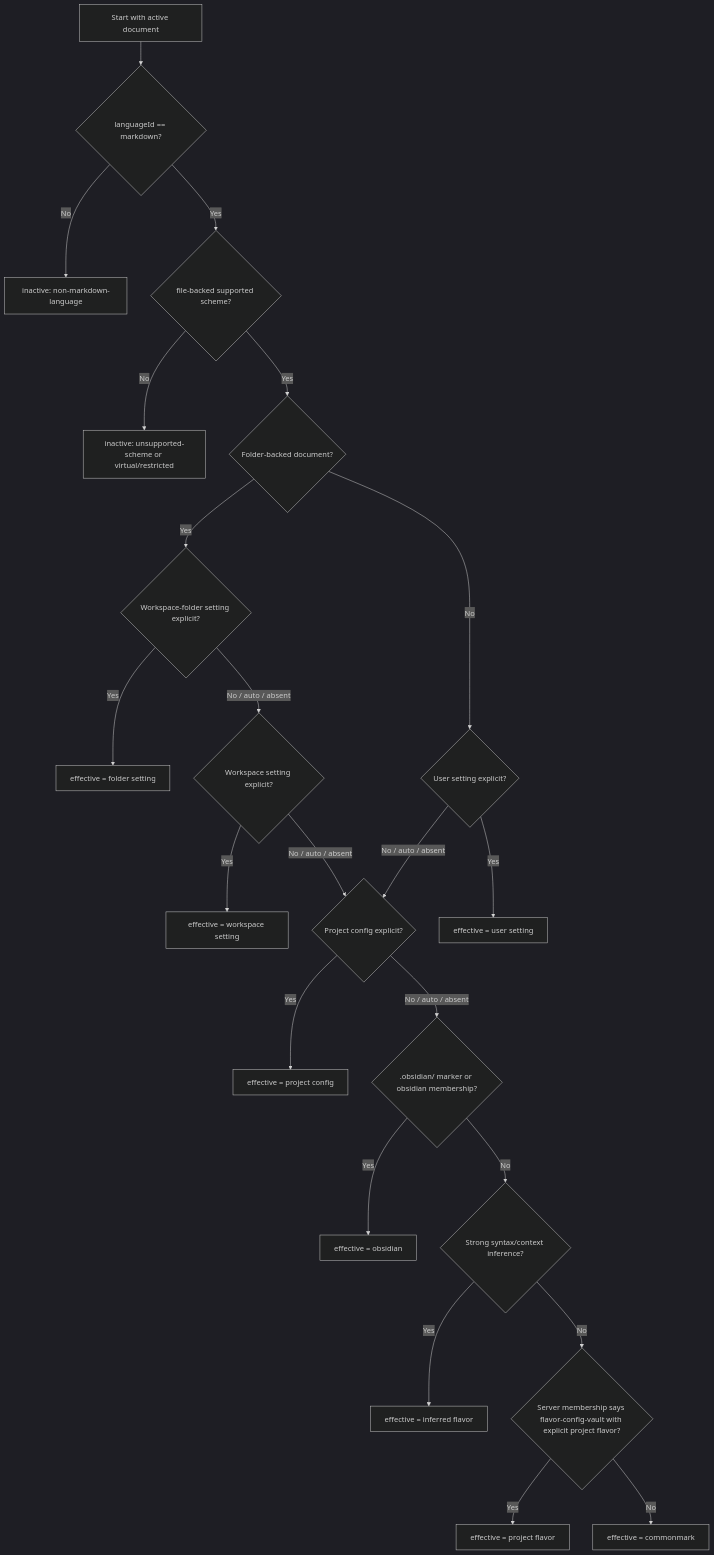
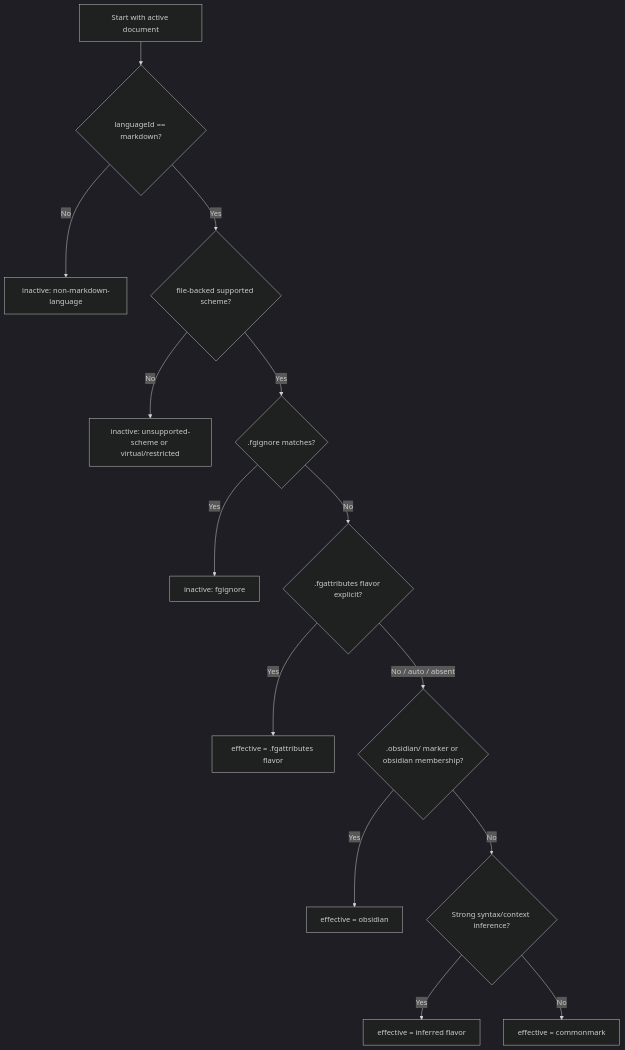
Before and after one commit to alisonaquinas/flavor-grenade-lsp: the diagram in docs/design/markdown-flavor-auto-detection.md, drawn with Mermaid (dark theme). The commit also changed other lines of this file and 29 other files, not shown here.

Commit message:
docs: specify fgignore and fgattributes flavor config

````diff
--- a/docs/design/markdown-flavor-auto-detection.md
+++ b/docs/design/markdown-flavor-auto-detection.md
@@ -174,24 +173,16 @@
 ```mermaid
 flowchart TD
   A["Start with active document"] --> B{"languageId == markdown?"}
   B -- "No" --> Z1["inactive: non-markdown-language"]
   B -- "Yes" --> C{"file-backed supported scheme?"}
   C -- "No" --> Z2["inactive: unsupported-scheme or virtual/restricted"]
-  C -- "Yes" --> D{"Folder-backed document?"}
-  D -- "Yes" --> E{"Workspace-folder setting explicit?"}
-  E -- "Yes" --> R1["effective = folder setting"]
-  E -- "No / auto / absent" --> F{"Workspace setting explicit?"}
-  F -- "Yes" --> R2["effective = workspace setting"]
-  F -- "No / auto / absent" --> G{"Project config explicit?"}
-  D -- "No" --> H{"User setting explicit?"}
-  H -- "Yes" --> R3["effective = user setting"]
-  H -- "No / auto / absent" --> G
-  G -- "Yes" --> R4["effective = project config"]
+  C -- "Yes" --> D{".fgignore matches?"}
+  D -- "Yes" --> Z3["inactive: fgignore"]
+  D -- "No" --> G{".fgattributes flavor explicit?"}
+  G -- "Yes" --> R4["effective = .fgattributes flavor"]
   G -- "No / auto / absent" --> I{".obsidian/ marker or obsidian membership?"}
   I -- "Yes" --> R5["effective = obsidian"]
   I -- "No" --> K{"Strong syntax/context inference?"}
   K -- "Yes" --> R6["effective = inferred flavor"]
-  K -- "No" --> J{"Server membership says flavor-config-vault with explicit project flavor?"}
-  J -- "Yes" --> R7["effective = project flavor"]
-  J -- "No" --> R8["effective = commonmark"]
+  K -- "No" --> R8["effective = commonmark"]
 ```
````
